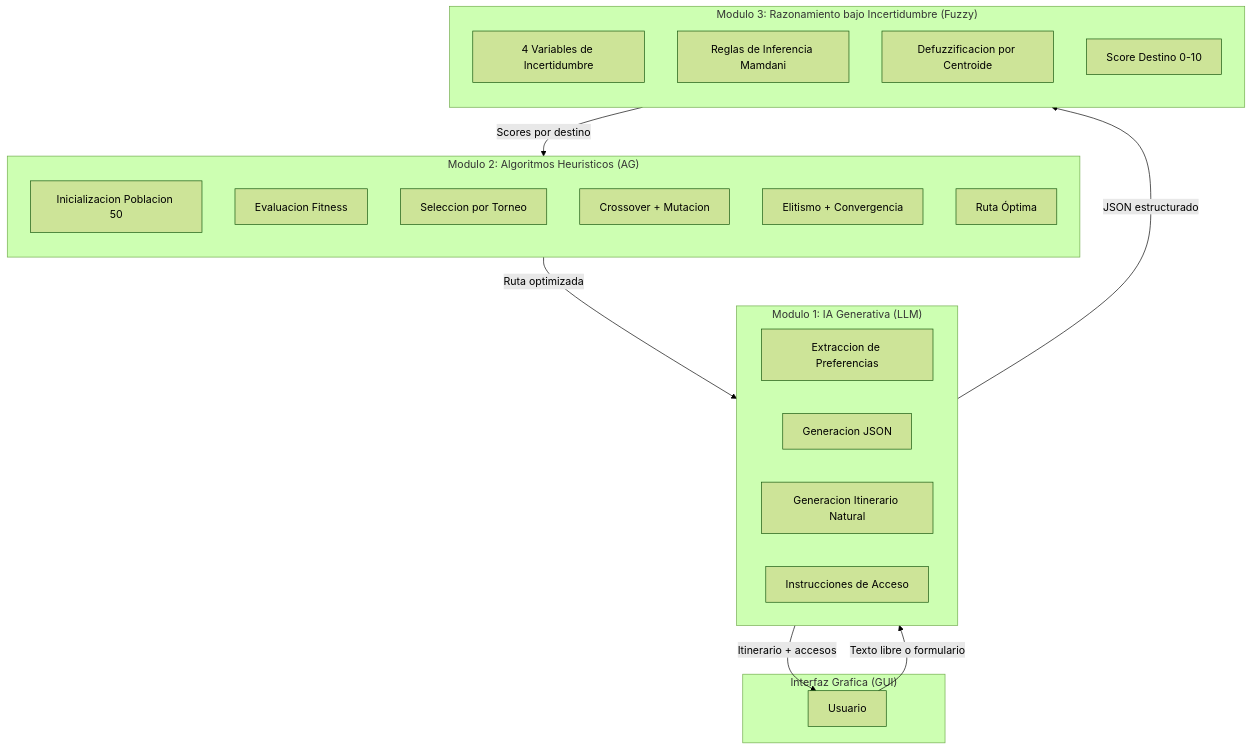
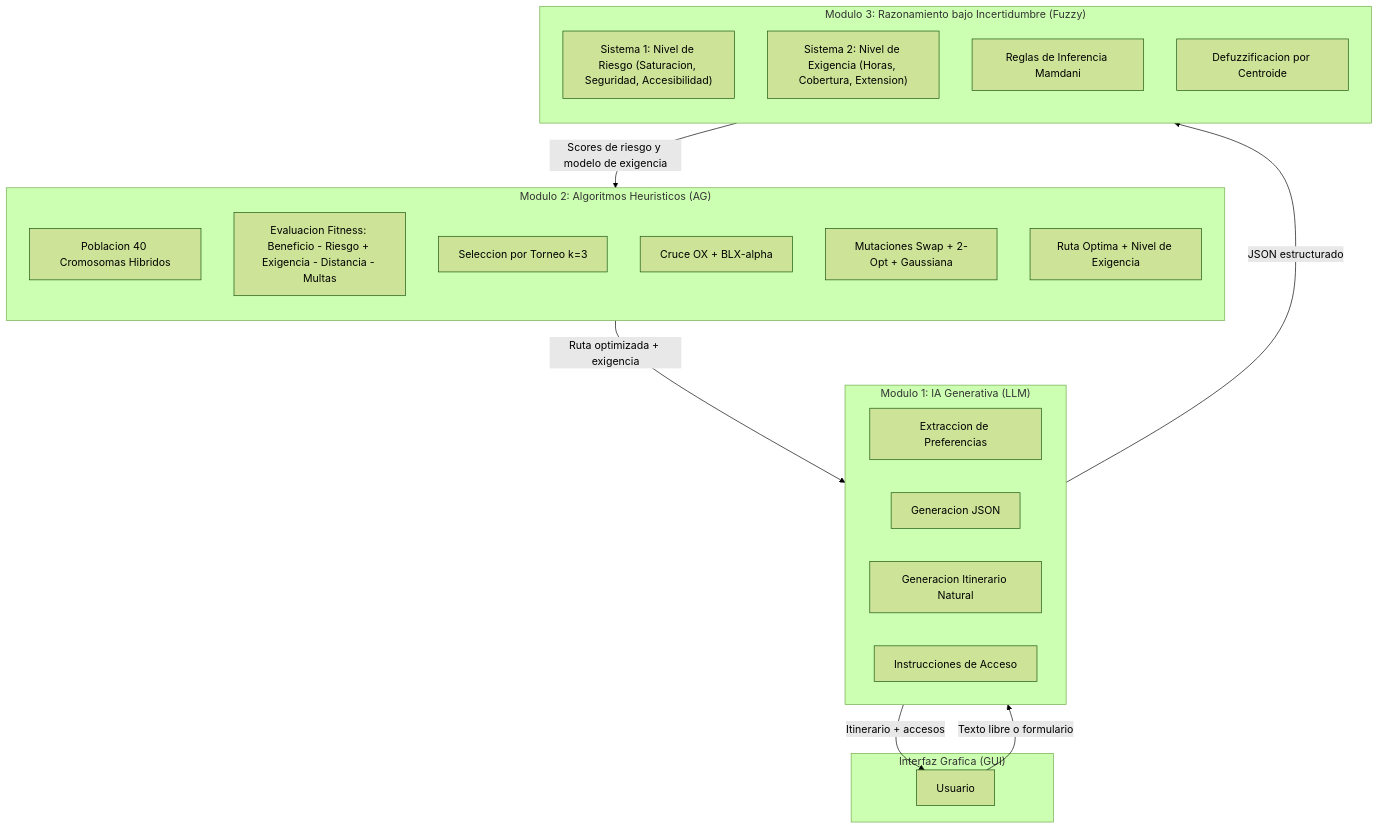
The first of 8 diagrams in README.md (angel4luu/si-project-unmsm), drawn with Mermaid (forest theme) before and after one commit. The commit also changed other lines of this file and 10 other files, not shown here.

````diff
--- a/README.md
+++ b/README.md
@@ -77,35 +77,35 @@
 ```mermaid
 graph TB
     subgraph GUI["Interfaz Grafica (GUI)"]
-        U[ Usuario]
+        U["Usuario"]
     end
     subgraph MOD1["Modulo 1: IA Generativa (LLM)"]
         direction LR
-        L1[ Extraccion de Preferencias]
-        L2[ Generacion JSON]
-        L3[ Generacion Itinerario Natural]
-        L4[ Instrucciones de Acceso]
+        L1["Extraccion de Preferencias"]
+        L2["Generacion JSON"]
+        L3["Generacion Itinerario Natural"]
+        L4["Instrucciones de Acceso"]
     end
     subgraph MOD2["Modulo 2: Algoritmos Heuristicos (AG)"]
         direction TB
-        A1[Inicializacion Poblacion 50]
-        A2[Evaluacion Fitness]
-        A3[Seleccion por Torneo]
-        A4[Crossover + Mutacion]
-        A5[Elitismo + Convergencia]
-        A6[Ruta Óptima]
+        A1["Poblacion 40 Cromosomas Hibridos"]
+        A2["Evaluacion Fitness: Beneficio - Riesgo + Exigencia - Distancia - Multas"]
+        A3["Seleccion por Torneo k=3"]
+        A4["Cruce OX + BLX-alpha"]
+        A5["Mutaciones Swap + 2-Opt + Gaussiana"]
+        A6["Ruta Optima + Nivel de Exigencia"]
     end
     subgraph MOD3["Modulo 3: Razonamiento bajo Incertidumbre (Fuzzy)"]
         direction TB
-        F1[4 Variables de Incertidumbre]
-        F2[Reglas de Inferencia Mamdani]
-        F3[Defuzzificacion por Centroide]
-        F4[Score Destino 0-10]
+        F1["Sistema 1: Nivel de Riesgo (Saturacion, Seguridad, Accesibilidad)"]
+        F2["Sistema 2: Nivel de Exigencia (Horas, Cobertura, Extension)"]
+        F3["Reglas de Inferencia Mamdani"]
+        F4["Defuzzificacion por Centroide"]
     end
 
     U -->|"Texto libre o formulario"| MOD1
     MOD1 -->|"JSON estructurado"| MOD3
-    MOD3 -->|"Scores por destino"| MOD2
-    MOD2 -->|"Ruta optimizada"| MOD1
+    MOD3 -->|"Scores de riesgo y modelo de exigencia"| MOD2
+    MOD2 -->|"Ruta optimizada + exigencia"| MOD1
     MOD1 -->|"Itinerario + accesos"| U
 ```
````
